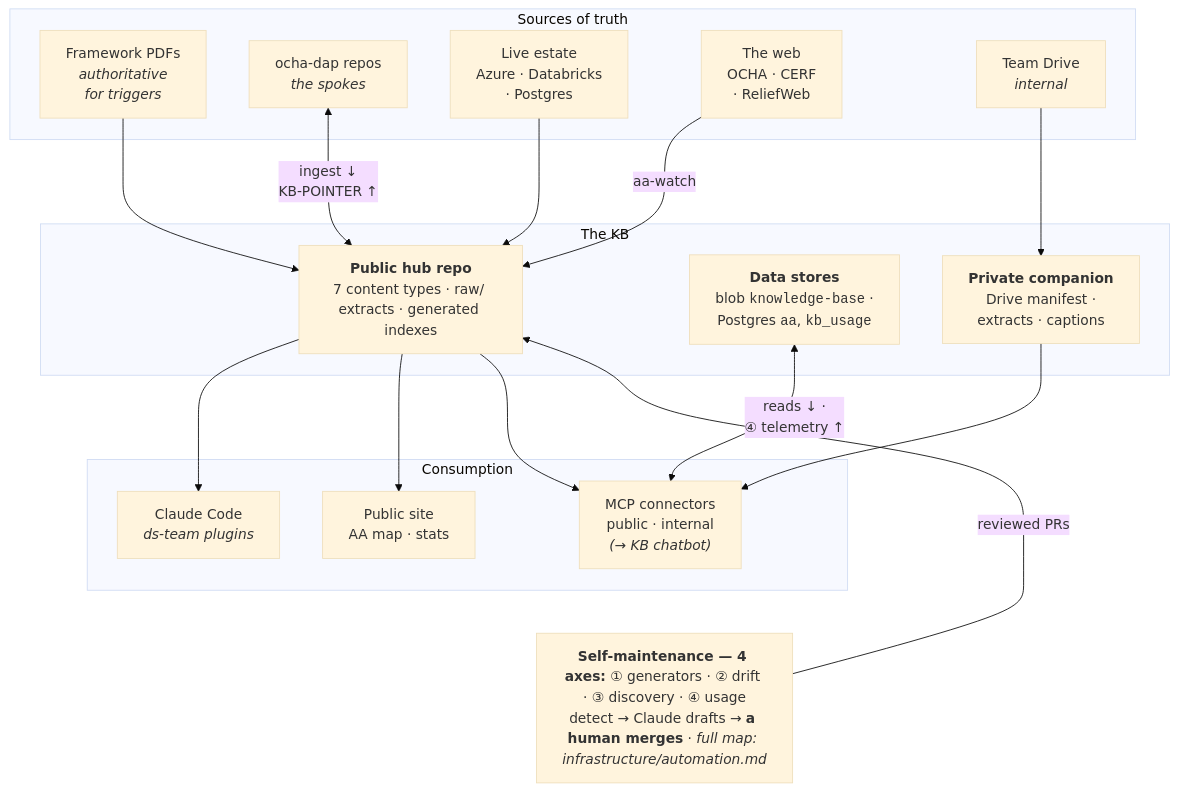
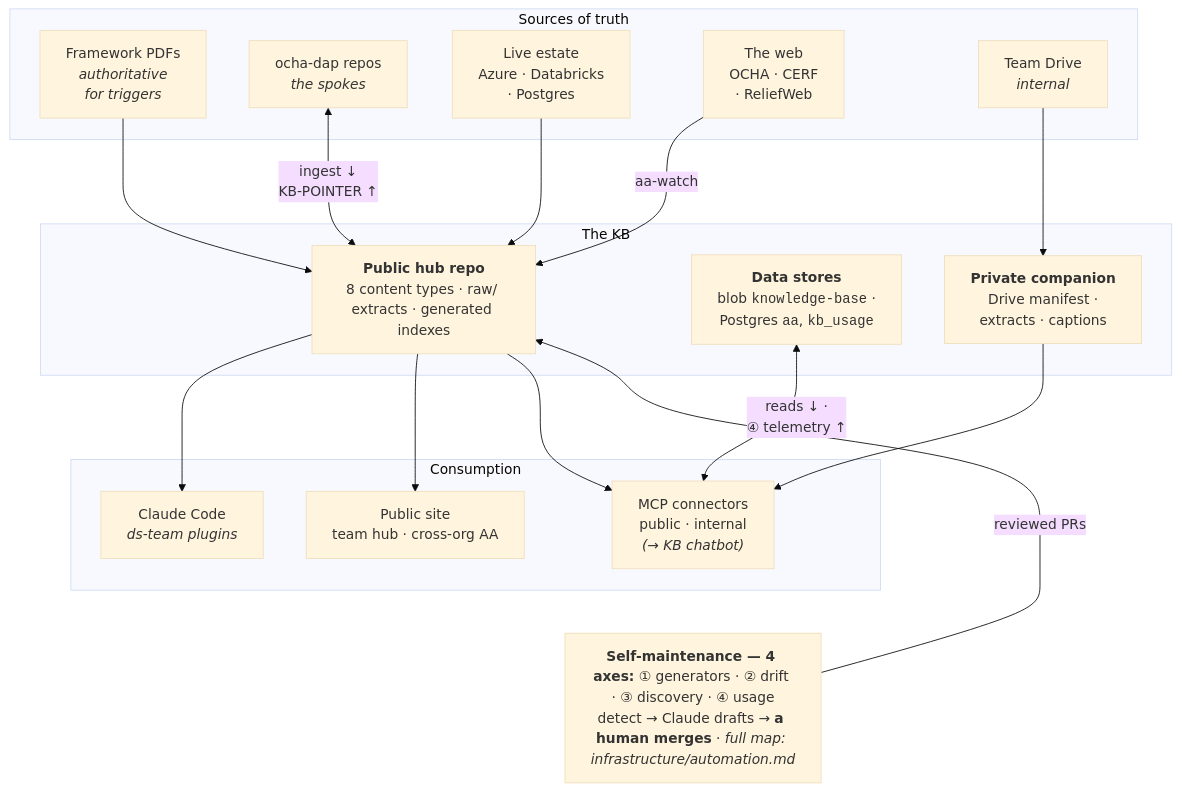
The diagram in docs/DESIGN.md (OCHA-DAP/ds-knowledge-base), drawn with Mermaid (base theme) before and after one commit. The commit also changed other lines of this file and 2 other files, not shown here.

Commit message:
docs-audit: refresh how-it-works docs vs repo state (Claude, Max plan)

````diff
--- a/docs/DESIGN.md
+++ b/docs/DESIGN.md
@@ -13,40 +13,40 @@
 ```mermaid
 flowchart TD
   subgraph SRC["Sources of truth"]
     PDF["Framework PDFs<br/><i>authoritative<br/>for triggers</i>"]
     Repos["ocha-dap repos<br/><i>the spokes</i>"]
     Live["Live estate<br/>Azure · Databricks<br/>· Postgres"]
     Web["The web<br/>OCHA · CERF<br/>· ReliefWeb"]
     Drive["Team Drive<br/><i>internal</i>"]
   end
 
   subgraph KB["The KB"]
-    Hub["<b>Public hub repo</b><br/>7 content types · raw/ extracts · generated indexes"]
+    Hub["<b>Public hub repo</b><br/>8 content types · raw/ extracts · generated indexes"]
     Int["<b>Private companion</b><br/>Drive manifest ·<br/>extracts · captions"]
     Data["<b>Data stores</b><br/>blob <code>knowledge-base</code> ·<br/>Postgres <code>aa</code>, <code>kb_usage</code>"]
   end
 
   subgraph OUT["Consumption"]
     CC["Claude Code<br/><i>ds-team plugins</i>"]
-    Site["Public site<br/>AA map · stats"]
+    Site["Public site<br/>team hub · cross-org AA"]
     MCP["MCP connectors<br/>public · internal<br/><i>(→ KB chatbot)</i>"]
   end
 
   Maint["<b>Self-maintenance — 4 axes:</b> ① generators · ② drift · ③ discovery · ④ usage<br/>detect → Claude drafts → <b>a human merges</b> · <i>full map: infrastructure/automation.md</i>"]
 
   PDF --> Hub
   Repos <-->|"ingest ↓<br/>KB-POINTER ↑"| Hub
   Live --> Hub
   Web -->|"aa-watch"| Hub
   Drive --> Int
   Web ~~~ Data
 
   Hub --> CC
   Hub --> Site
   Hub --> MCP
   Int --> MCP
   Data <-->|"reads ↓ ·<br/>④ telemetry ↑"| MCP
 
   MCP ~~~ Maint
   Maint -->|"reviewed PRs"| Hub
 ```
````
